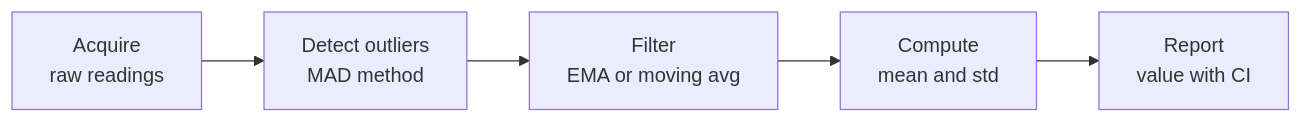
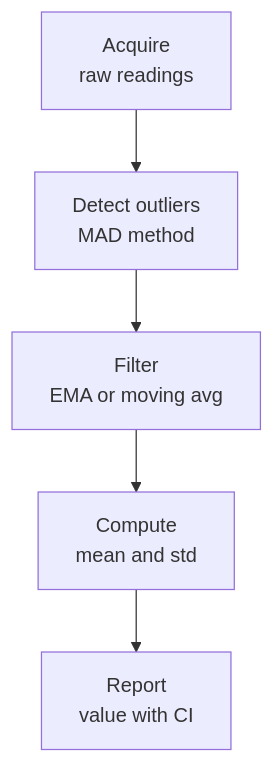
Before and after one commit to SiliconWit/applied-mathematics: the diagram in probability-statistics-noise.mdx, drawn with Mermaid.

Commit message:
Convert horizontal mermaid flowchart to vertical for better mobile readability

````diff
--- a/probability-statistics-noise.mdx
+++ b/probability-statistics-noise.mdx
@@ -346,7 +346,7 @@
 ```mermaid
-flowchart LR
+flowchart TD
     A[Acquire\nraw readings] --> B[Detect outliers\nMAD method]
     B --> C[Filter\nEMA or moving avg]
     C --> D[Compute\nmean and std]
     D --> E[Report\nvalue with CI]
 ```
````
